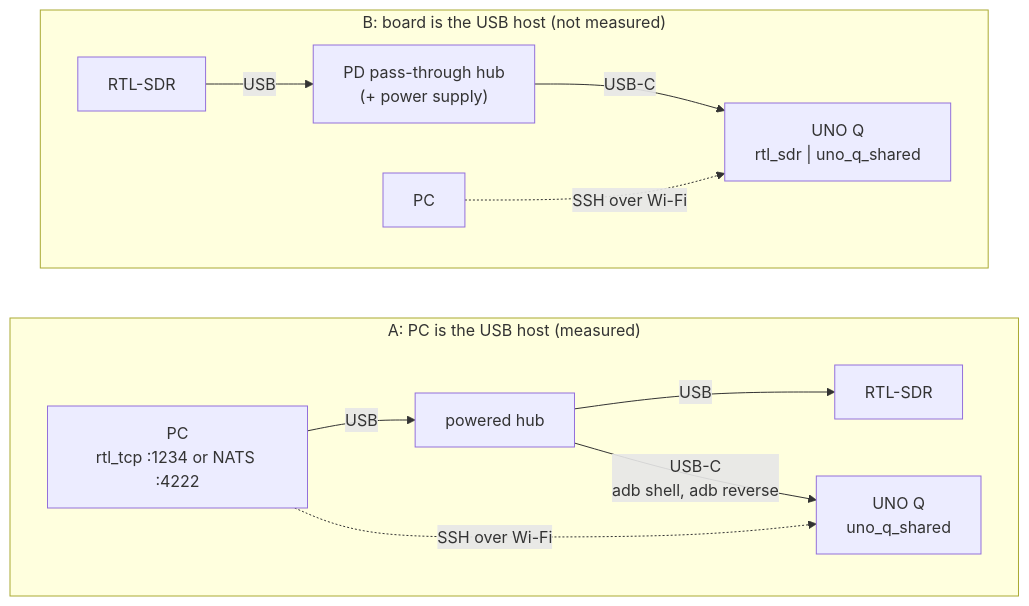
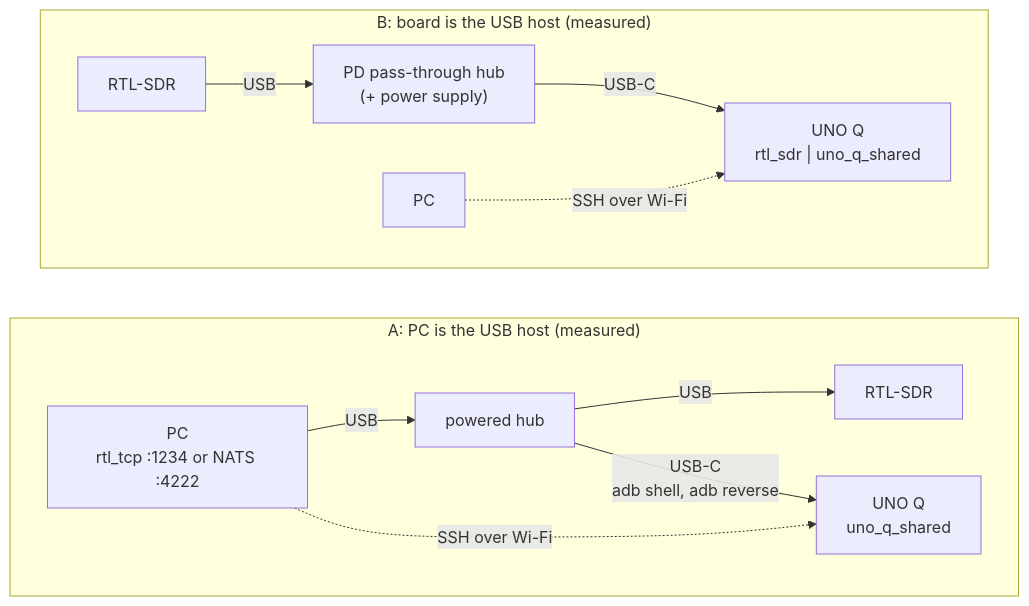
The diagram in example-projects/uno-q/README.md (doppler-dsp/doppler), drawn with Mermaid before and after one commit. The commit also changed other lines of this file, not shown here.

First line of the commit message:
docs(uno-q): setup B measured -- board as USB host through a PD hub

````diff
--- a/example-projects/uno-q/README.md
+++ b/example-projects/uno-q/README.md
@@ -94,16 +94,16 @@
 ```mermaid
 flowchart LR
     subgraph A["A: PC is the USB host (measured)"]
         direction LR
         pcA["PC<br/>rtl_tcp :1234 or NATS :4222"] -- "USB" --> hubA["powered hub"]
         hubA -- USB --> dA["RTL-SDR"]
         hubA -- "USB-C<br/>adb shell, adb reverse" --> bdA["UNO Q<br/>uno_q_shared"]
         pcA -. "SSH over Wi-Fi" .-> bdA
     end
-    subgraph B["B: board is the USB host (not measured)"]
+    subgraph B["B: board is the USB host (measured)"]
         direction LR
         hubB["PD pass-through hub<br/>(+ power supply)"] -- "USB-C" --> bdB["UNO Q<br/>rtl_sdr | uno_q_shared"]
         dB["RTL-SDR"] -- USB --> hubB
         pcB["PC"] -. "SSH over Wi-Fi" .-> bdB
     end
 ```
````
